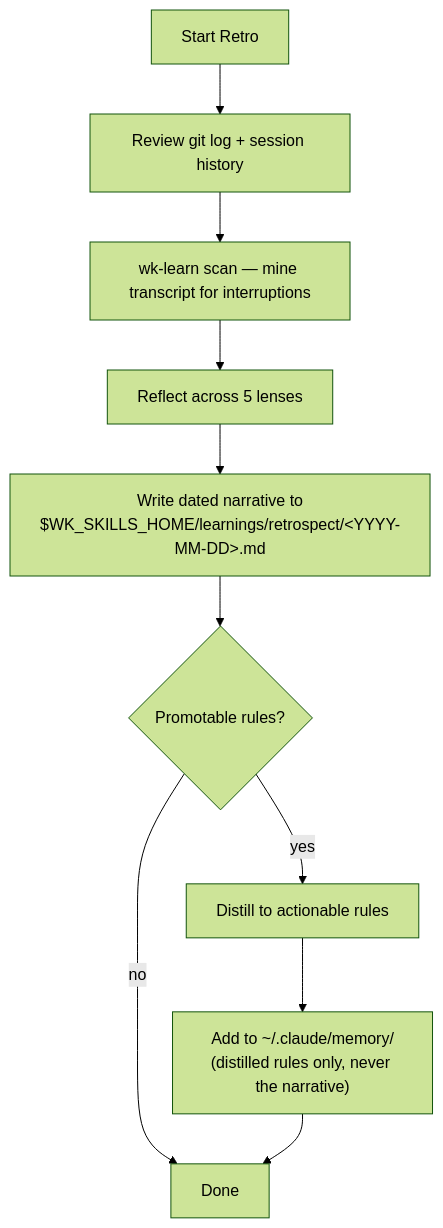
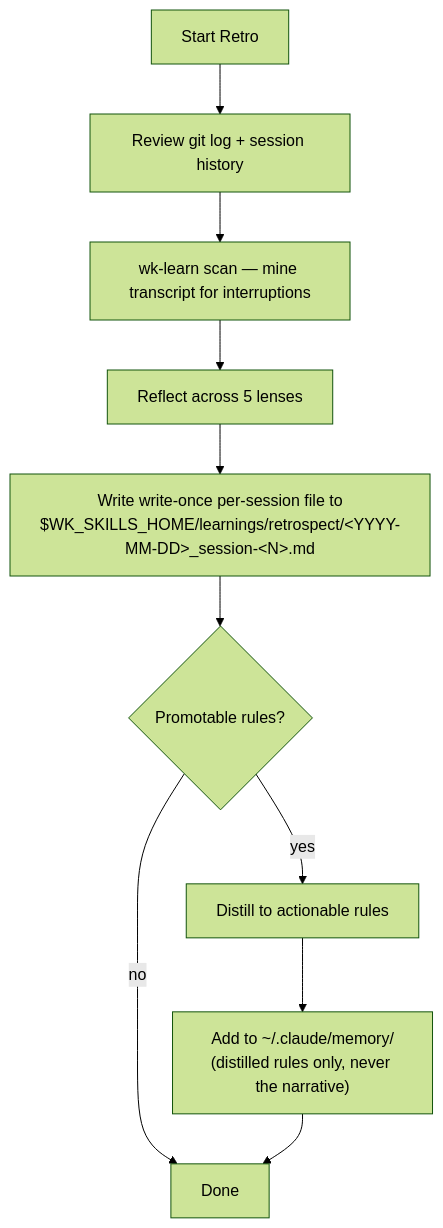
The diagram in skills/retro/README.md (whizzzkid/skills), drawn with Mermaid (forest theme) before and after one commit. The commit also changed other lines of this file and 1 other file, not shown here.

First line of the commit message:
feat(skills): 🔧 wk-retro write one write-once file per session

````diff
--- a/skills/retro/README.md
+++ b/skills/retro/README.md
@@ -16,13 +16,13 @@
 ```mermaid
 flowchart TD
     A[Start Retro] --> B[Review git log + session history]
     B --> C[wk-learn scan — mine transcript for interruptions]
     C --> D[Reflect across 5 lenses]
-    D --> E["Write dated narrative to<br/>$WK_SKILLS_HOME/learnings/retrospect/&lt;YYYY-MM-DD&gt;.md"]
+    D --> E["Write write-once per-session file to<br/>$WK_SKILLS_HOME/learnings/retrospect/&lt;YYYY-MM-DD&gt;_session-&lt;N&gt;.md"]
     E --> F{Promotable rules?}
     F -->|yes| G[Distill to actionable rules]
     G --> H["Add to ~/.claude/memory/<br/>(distilled rules only, never the narrative)"]
     F -->|no| I[Done]
     H --> I
     click C href "../learn/README.md" _blank
 ```
````
